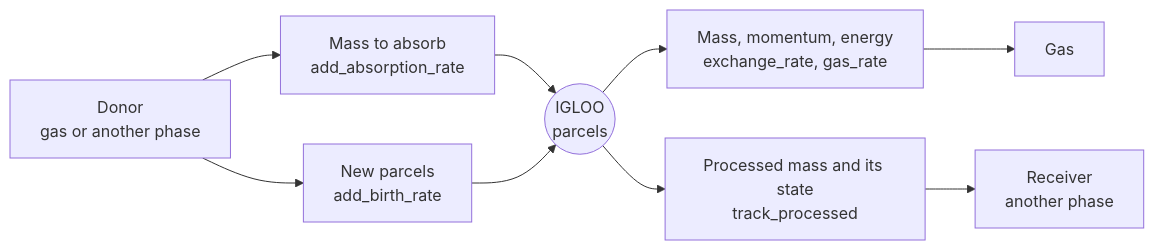
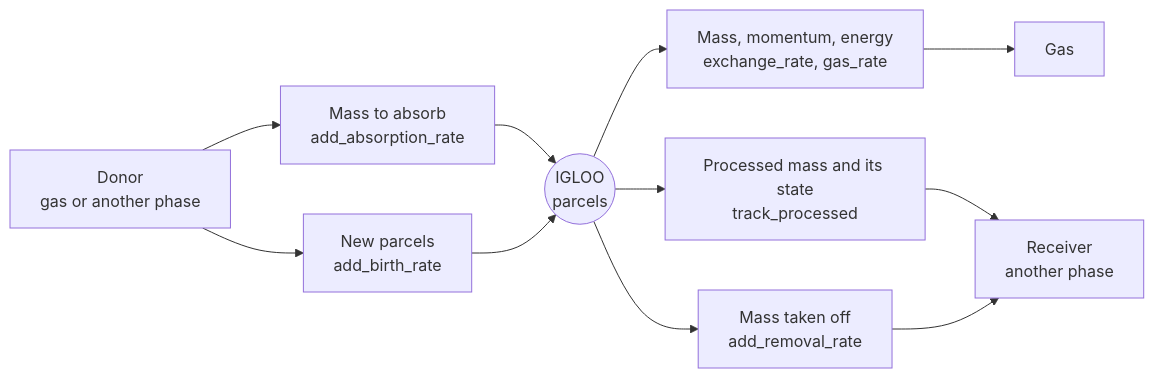
Before and after one commit to open-hydra/IGLOO: the first of 3 diagrams in docs/development/coupling.md, drawn with Mermaid. The commit also changed other lines of this file and 20 other files, not shown here.

Commit message:
Exchange: removal rate for a coupler; d-gen read again in combustion rows

````diff
--- a/docs/development/coupling.md
+++ b/docs/development/coupling.md
@@ -12,15 +12,17 @@
 ```mermaid
 flowchart LR
     D["Donor<br/>gas or another phase"]
     A["Mass to absorb<br/>add_absorption_rate"]
     B["New parcels<br/>add_birth_rate"]
+    Q["Mass taken off<br/>add_removal_rate"]
     P(("IGLOO<br/>parcels"))
     X["Mass, momentum, energy<br/>exchange_rate, gas_rate"]
     T["Processed mass and its state<br/>track_processed"]
     G["Gas"]
     R["Receiver<br/>another phase"]
     D --> A --> P
     D --> B --> P
     P --> X --> G
     P --> T --> R
+    P --> Q --> R
 ```
````
